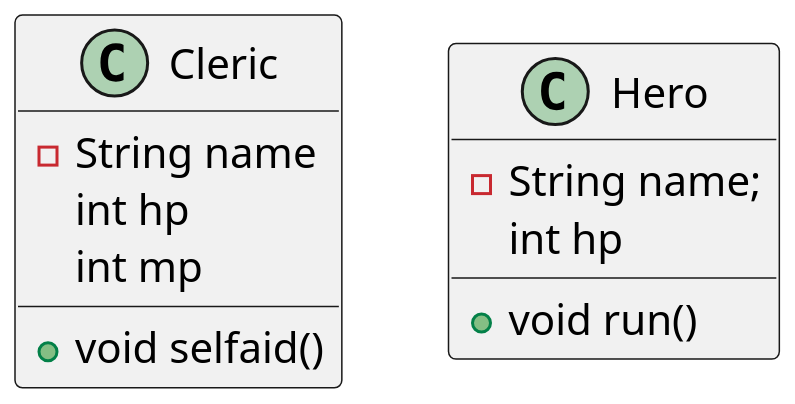
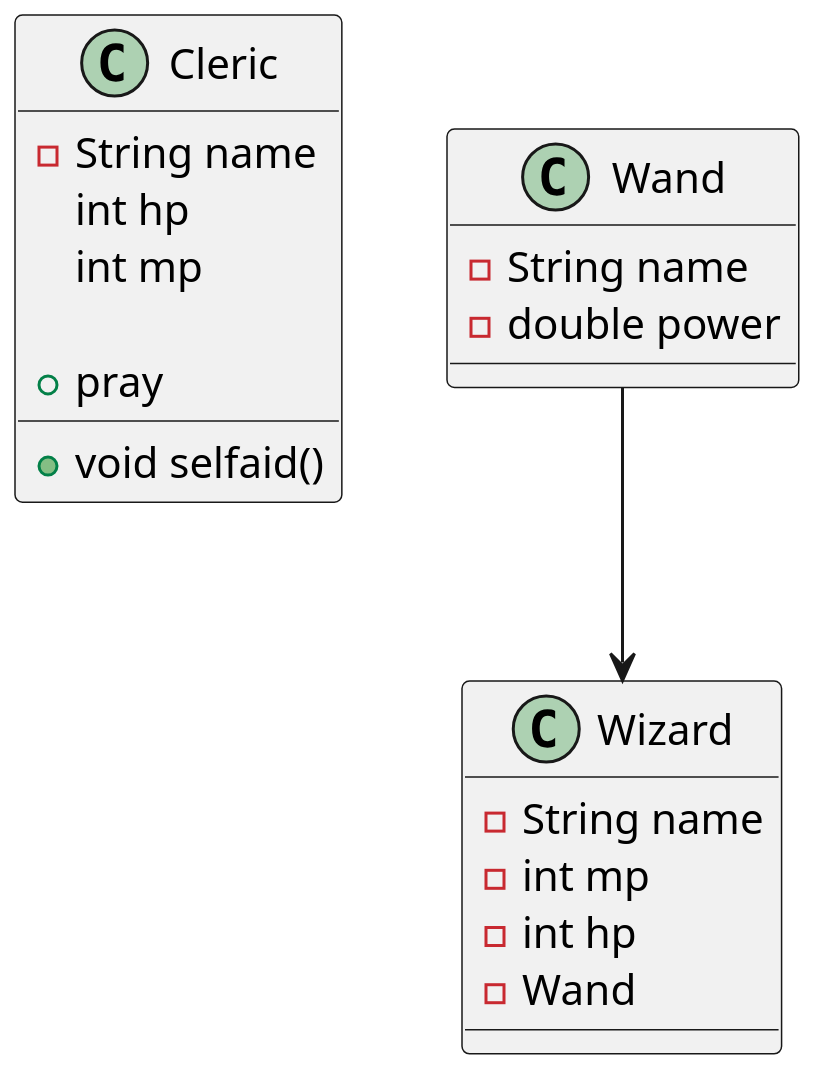
Before and after one commit to SurvivalCodingCampus/gangnam3-java-oop: the diagram in src/main/java/com/survivalcoding/game.puml, drawn with PlantUML.

Commit message:
feat : 그림을 그려봤습니다.

```diff
--- a/src/main/java/com/survivalcoding/game.puml
+++ b/src/main/java/com/survivalcoding/game.puml
@@ -1,19 +1,34 @@
 @startuml
 scale 2
 
 class Cleric {
     - String name
     int hp
     int mp
 
     + void selfaid()
+    + pray
+
+}
+Wand --> Wizard
+
+class Wizard {
+- String name
+- int mp
+- int hp
+- Wand
+
 }
 
-class Hero {
-    - String name;
-    int hp
+class Wand{
+- String name
+- double power
 
-    + void run()
 }
 
+
+
+
+
+
 @enduml
```
